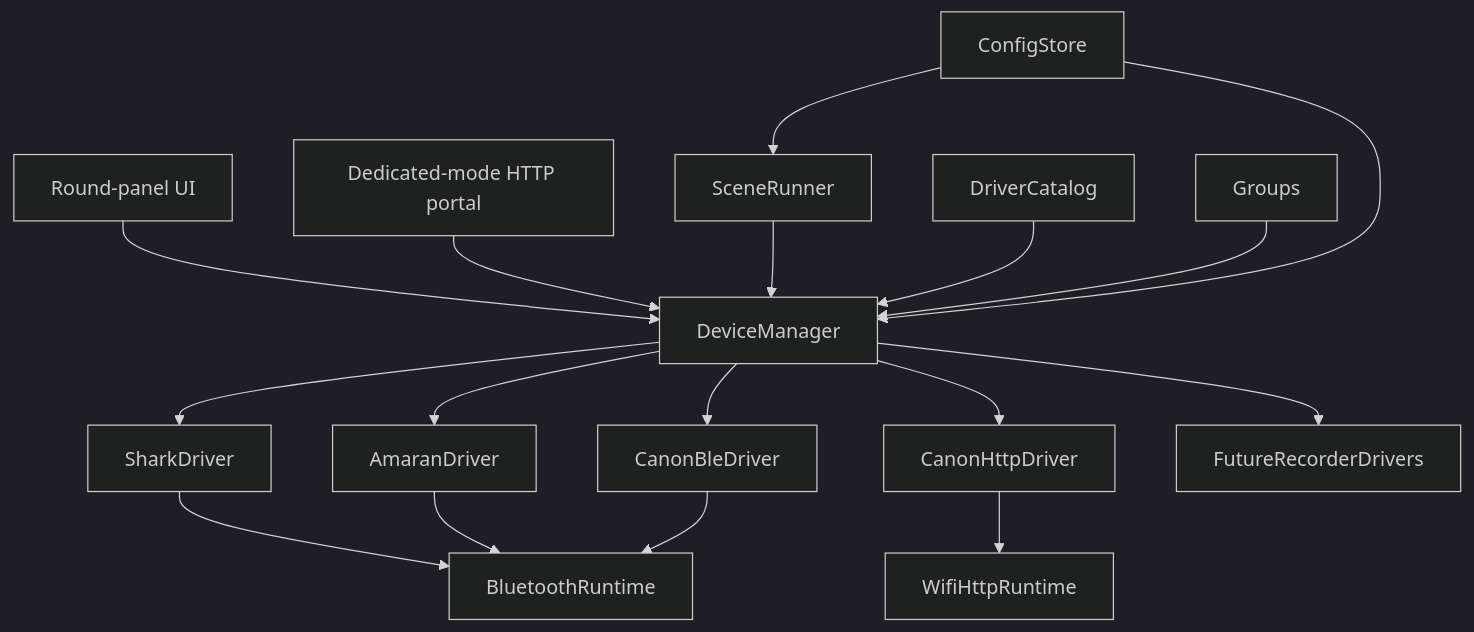
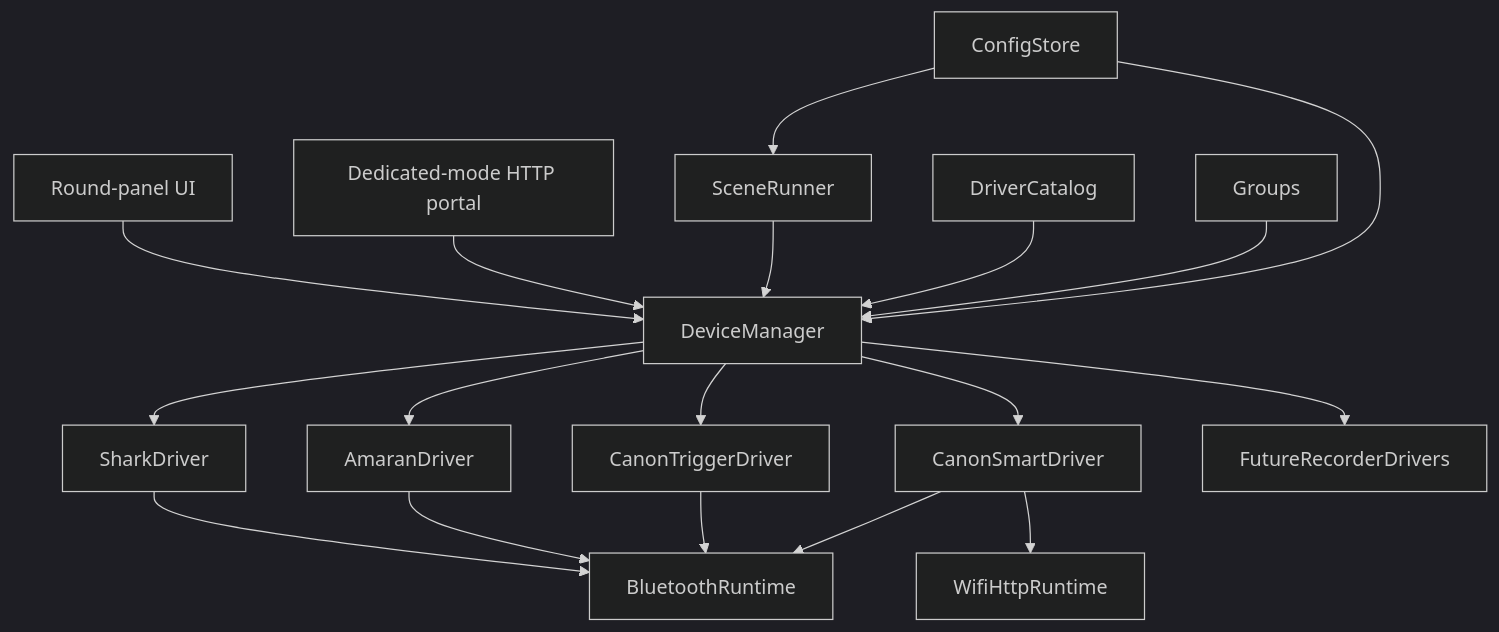
Before and after one commit to nethunter/bleep: the diagram in docs/architecture.md, drawn with Mermaid (dark theme). The commit also changed 4 other files, not shown here.

````diff
--- a/docs/architecture.md
+++ b/docs/architecture.md
@@ -14,19 +14,20 @@
 ```mermaid
 flowchart TB
   PanelUI["Round-panel UI"] --> DeviceManager
   PortalUI["Dedicated-mode HTTP portal"] --> DeviceManager
   SceneRunner --> DeviceManager
   DriverCatalog --> DeviceManager
   Groups --> DeviceManager
   DeviceManager --> SharkDriver
   DeviceManager --> AmaranDriver
-  DeviceManager --> CanonBleDriver
-  DeviceManager --> CanonHttpDriver
+  DeviceManager --> CanonTriggerDriver
+  DeviceManager --> CanonSmartDriver
   DeviceManager --> FutureRecorderDrivers
   SharkDriver --> BluetoothRuntime
   AmaranDriver --> BluetoothRuntime
-  CanonBleDriver --> BluetoothRuntime
-  CanonHttpDriver --> WifiHttpRuntime
+  CanonTriggerDriver --> BluetoothRuntime
+  CanonSmartDriver --> BluetoothRuntime
+  CanonSmartDriver --> WifiHttpRuntime
   ConfigStore --> DeviceManager
   ConfigStore --> SceneRunner
 ```
````
